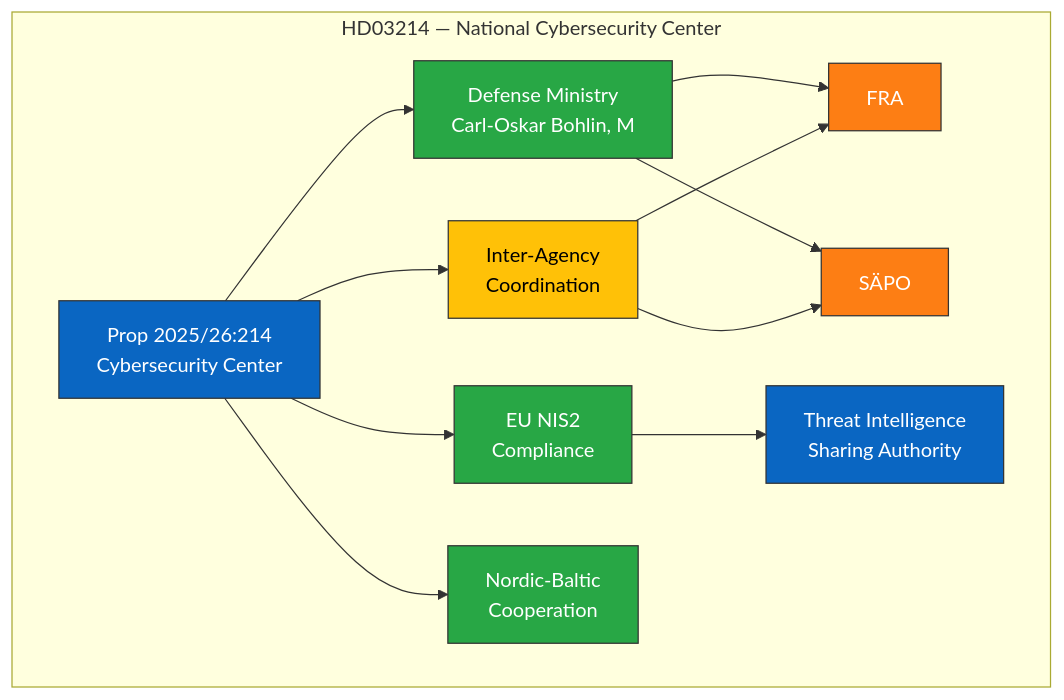
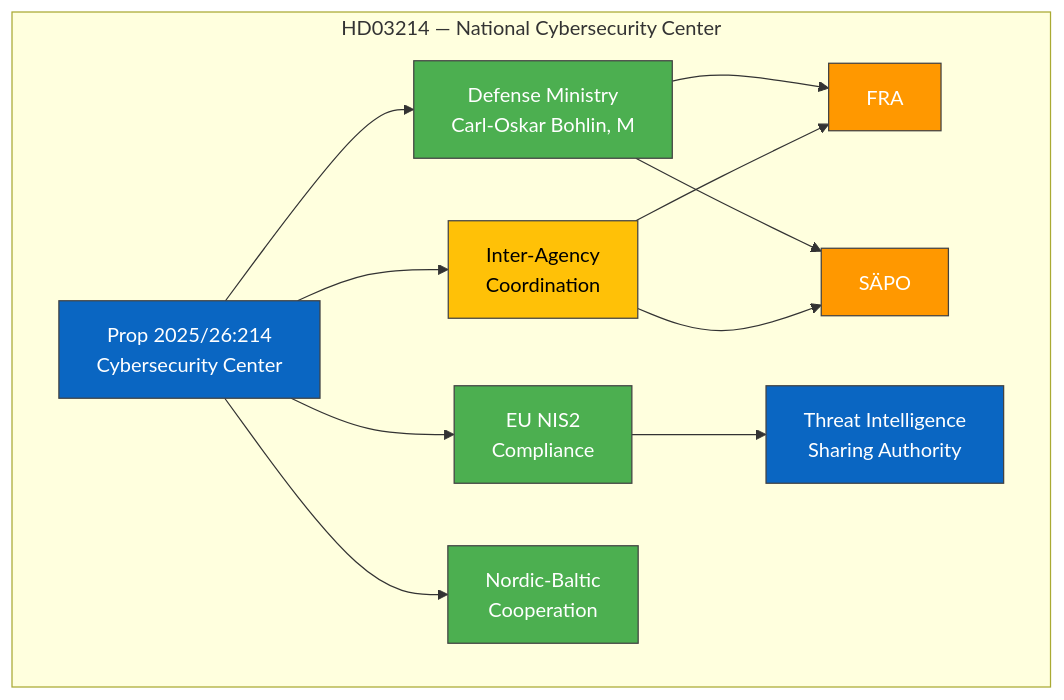
One commit to Hack23/riksdagsmonitor changed the diagram in analysis/daily/2026-04-04/realtime-1212/documents/HD03214-analysis.md. Above: the diagram before and after it, drawn with Mermaid. The commit also changed 785 other files, not shown here.

First line of the commit message:
Normalize mermaid colors across 786 analysis artifacts to ISMS Style Guide palette

````diff
--- a/analysis/daily/2026-04-04/realtime-1212/documents/HD03214-analysis.md
+++ b/analysis/daily/2026-04-04/realtime-1212/documents/HD03214-analysis.md
@@ -59,22 +59,22 @@
 ```mermaid
 graph TD
     subgraph "HD03214 — National Cybersecurity Center"
         A["Prop 2025/26:214<br/>Cybersecurity Center"] --> B["Defense Ministry<br/>Carl-Oskar Bohlin, M"]
         A --> C["EU NIS2<br/>Compliance"]
         A --> D["Inter-Agency<br/>Coordination"]
         B --> E["FRA"]
         B --> F["SÄPO"]
         D --> E
         D --> F
         A --> G["Nordic-Baltic<br/>Cooperation"]
         C --> H["Threat Intelligence<br/>Sharing Authority"]
     end
-    style A fill:#0A66C2,stroke:#333,color:#fff
-    style B fill:#28a745,stroke:#333,color:#fff
-    style C fill:#28a745,stroke:#333,color:#fff
-    style D fill:#ffc107,stroke:#333,color:#000
-    style E fill:#fd7e14,stroke:#333,color:#fff
-    style F fill:#fd7e14,stroke:#333,color:#fff
-    style G fill:#28a745,stroke:#333,color:#fff
-    style H fill:#0A66C2,stroke:#333,color:#fff
+    style A fill:#0A66C2,stroke:#424242,color:#FFFFFF
+    style B fill:#4CAF50,stroke:#424242,color:#FFFFFF
+    style C fill:#4CAF50,stroke:#424242,color:#FFFFFF
+    style D fill:#FFC107,stroke:#424242,color:#000000
+    style E fill:#FF9800,stroke:#424242,color:#FFFFFF
+    style F fill:#FF9800,stroke:#424242,color:#FFFFFF
+    style G fill:#4CAF50,stroke:#424242,color:#FFFFFF
+    style H fill:#0A66C2,stroke:#424242,color:#FFFFFF
 ```
````
